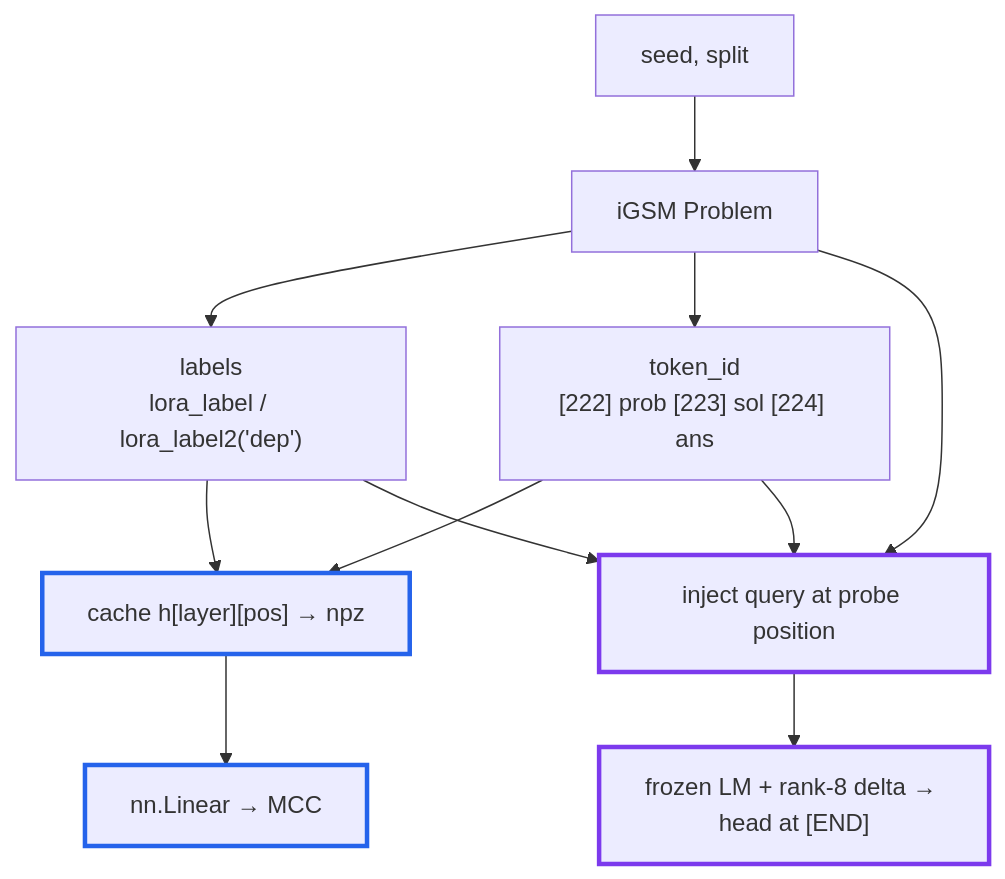
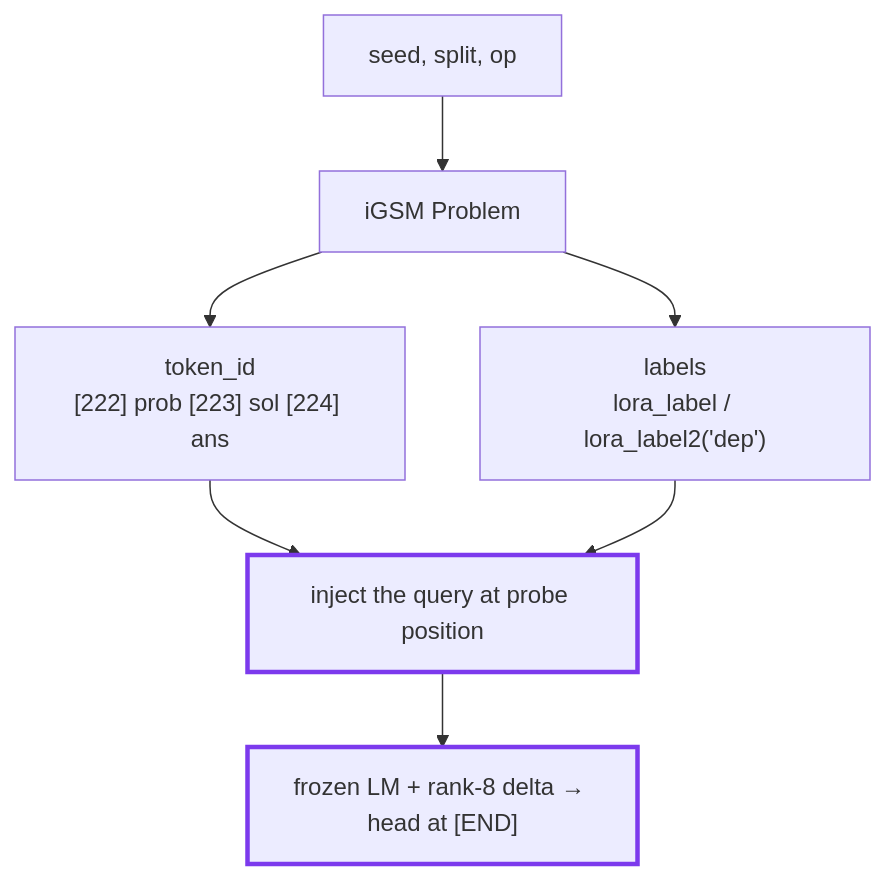
The diagram in doc/probe_guide.md (martin503/physics-of-llms-part2.1), drawn with Mermaid before and after one commit. The commit also changed other lines of this file and 2 other files, not shown here.

````diff
--- a/doc/probe_guide.md
+++ b/doc/probe_guide.md
@@ -27,20 +96,13 @@
 ```mermaid
 flowchart TD
-    S["seed, split"] --> P["iGSM Problem"]
+    S["seed, split, op"] --> P["iGSM Problem"]
     P --> L["labels<br/>lora_label / lora_label2('dep')"]
     P --> T["token_id<br/>[222] prob [223] sol [224] ans"]
 
-    T --> LC["cache h[layer][pos] → npz"]
-    L --> LC
-    LC --> LH["nn.Linear → MCC"]
-
-    T --> VI["inject query at probe position"]
-    P --> VI
+    T --> VI["inject the query at probe position"]
     L --> VI
     VI --> VH["frozen LM + rank-8 delta → head at [END]"]
 
-    classDef lin stroke:#2563eb,stroke-width:3px;
     classDef vp stroke:#7c3aed,stroke-width:3px;
-    class LC,LH lin
     class VI,VH vp
 ```
````
